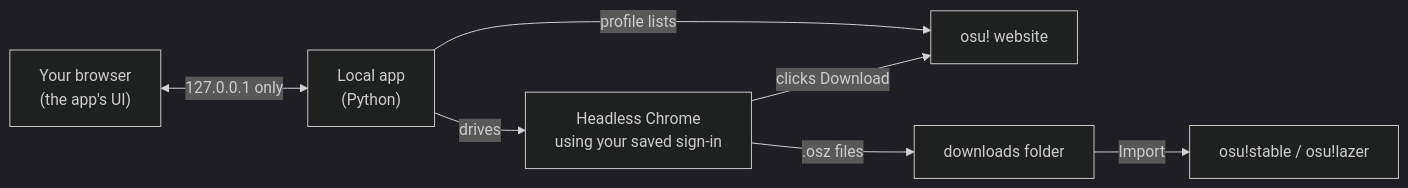
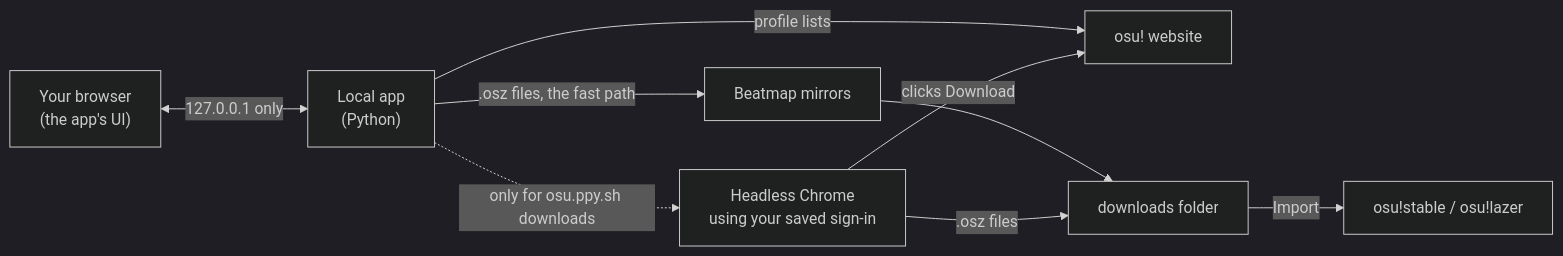
The diagram in README.md (hex110/osubeatmapdownloader), drawn with Mermaid (dark theme) before and after one commit. The commit also changed other lines of this file and 3 other files, not shown here.

````diff
--- a/README.md
+++ b/README.md
@@ -147,9 +180,11 @@
 ```mermaid
 flowchart LR
     UI["Your browser<br/>(the app's UI)"] <-->|127.0.0.1 only| App["Local app<br/>(Python)"]
     App -->|profile lists| API["osu! website"]
-    App -->|drives| Chrome["Headless Chrome<br/>using your saved sign-in"]
+    App -->|.osz files, the fast path| Mirrors["Beatmap mirrors"]
+    Mirrors --> Folder["downloads folder"]
+    App -.->|only for osu.ppy.sh downloads| Chrome["Headless Chrome<br/>using your saved sign-in"]
     Chrome -->|clicks Download| API
-    Chrome -->|.osz files| Folder["downloads folder"]
+    Chrome -->|.osz files| Folder
     Folder -->|Import| Osu["osu!stable / osu!lazer"]
 ```
````
